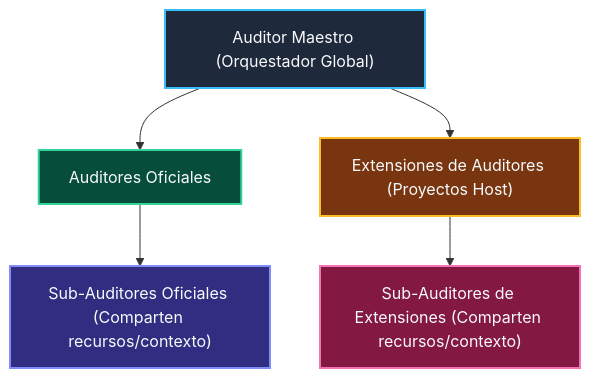
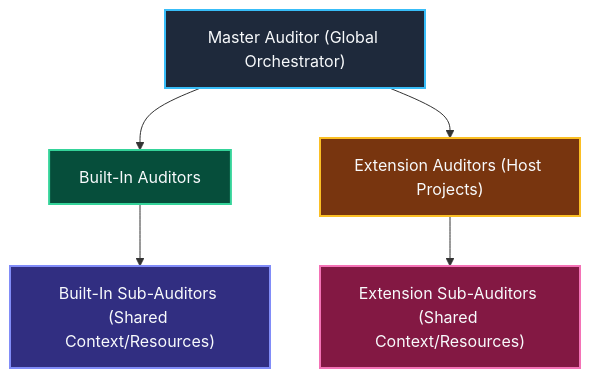
The fourth of 5 diagrams in .agents/skills/auditor/references/sub-auditor-authoring-guide.md (francogp/auditor), drawn with Mermaid before and after one commit. The commit also changed other lines of this file and 101 other files, not shown here.

First line of the commit message:
fix: modernize owned agent skills, DOX hierarchy, and CLI execution flows (v10.12.5)

````diff
--- a/.agents/skills/auditor/references/sub-auditor-authoring-guide.md
+++ b/.agents/skills/auditor/references/sub-auditor-authoring-guide.md
@@ -1131,13 +1119,13 @@
 ```mermaid
 graph TD
-  M["Auditor Maestro (Orquestador Global)"] --> O["Auditores Oficiales"]
-  M --> E["Extensiones de Auditores (Proyectos Host)"]
-  O --> SO["Sub-Auditores Oficiales (Comparten recursos/contexto)"]
-  E --> SE["Sub-Auditores de Extensiones (Comparten recursos/contexto)"]
+  M["Master Auditor (Global Orchestrator)"] --> O["Built-In Auditors"]
+  M --> E["Extension Auditors (Host Projects)"]
+  O --> SO["Built-In Sub-Auditors (Shared Context/Resources)"]
+  E --> SE["Extension Sub-Auditors (Shared Context/Resources)"]
 
   style M fill:#1e293b,stroke:#38bdf8,stroke-width:2px,color:#f8fafc
   style O fill:#064e3b,stroke:#34d399,stroke-width:2px,color:#f8fafc
   style E fill:#78350f,stroke:#fbbf24,stroke-width:2px,color:#f8fafc
   style SO fill:#312e81,stroke:#818cf8,stroke-width:2px,color:#f8fafc
   style SE fill:#831843,stroke:#f472b6,stroke-width:2px,color:#f8fafc
 ```
````
